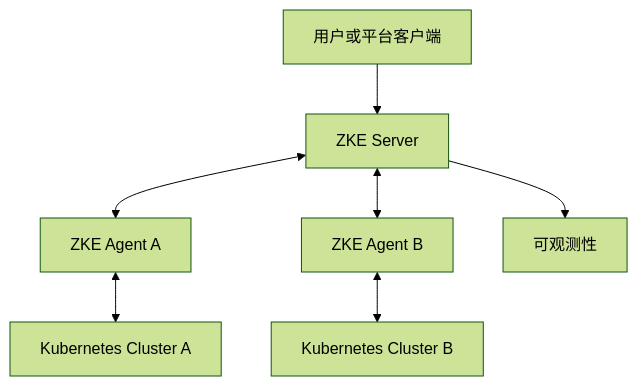
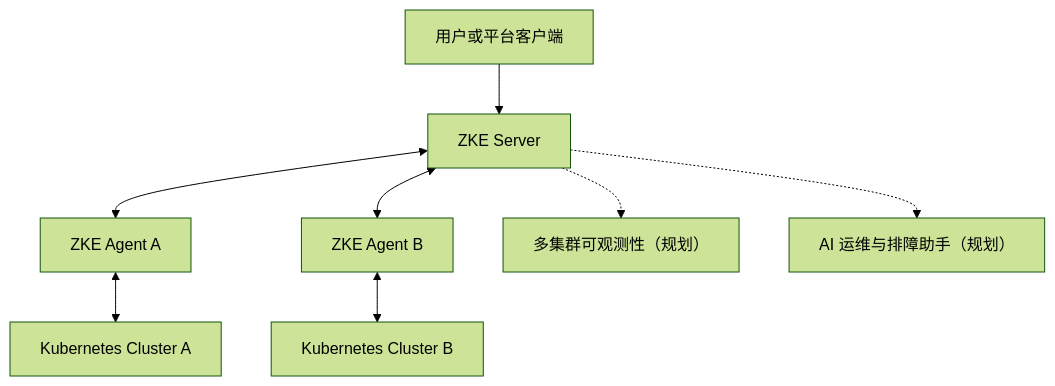
Before and after one commit to togettoyou/zke: the diagram in README.md, drawn with Mermaid (forest theme). The commit also changed other lines of this file and 7 other files, not shown here.

````diff
--- a/README.md
+++ b/README.md
@@ -40,9 +41,10 @@
 ```mermaid
 flowchart TB
     User["用户或平台客户端"] --> Server["ZKE Server"]
     Server <--> AgentA["ZKE Agent A"]
     Server <--> AgentB["ZKE Agent B"]
     AgentA <--> ClusterA["Kubernetes Cluster A"]
     AgentB <--> ClusterB["Kubernetes Cluster B"]
-    Server --> Services["可观测性"]
+    Server -.-> Observability["多集群可观测性（规划）"]
+    Server -.-> Copilot["AI 运维与排障助手（规划）"]
 ```
````
